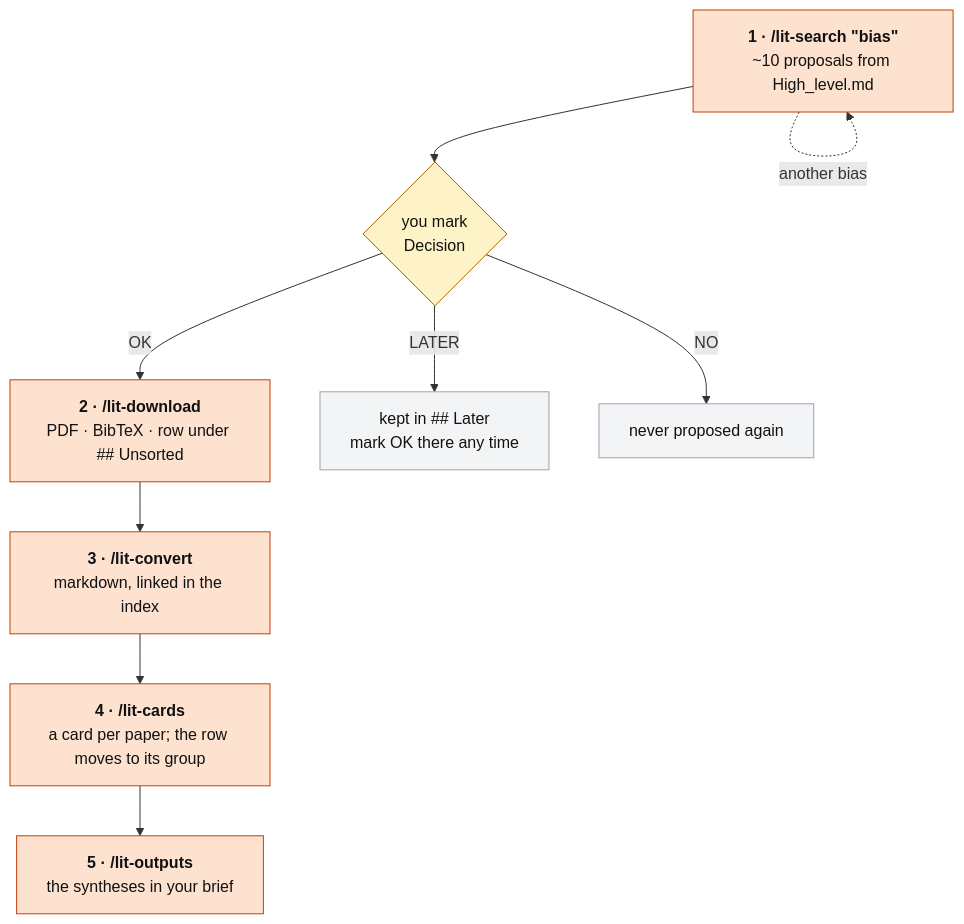
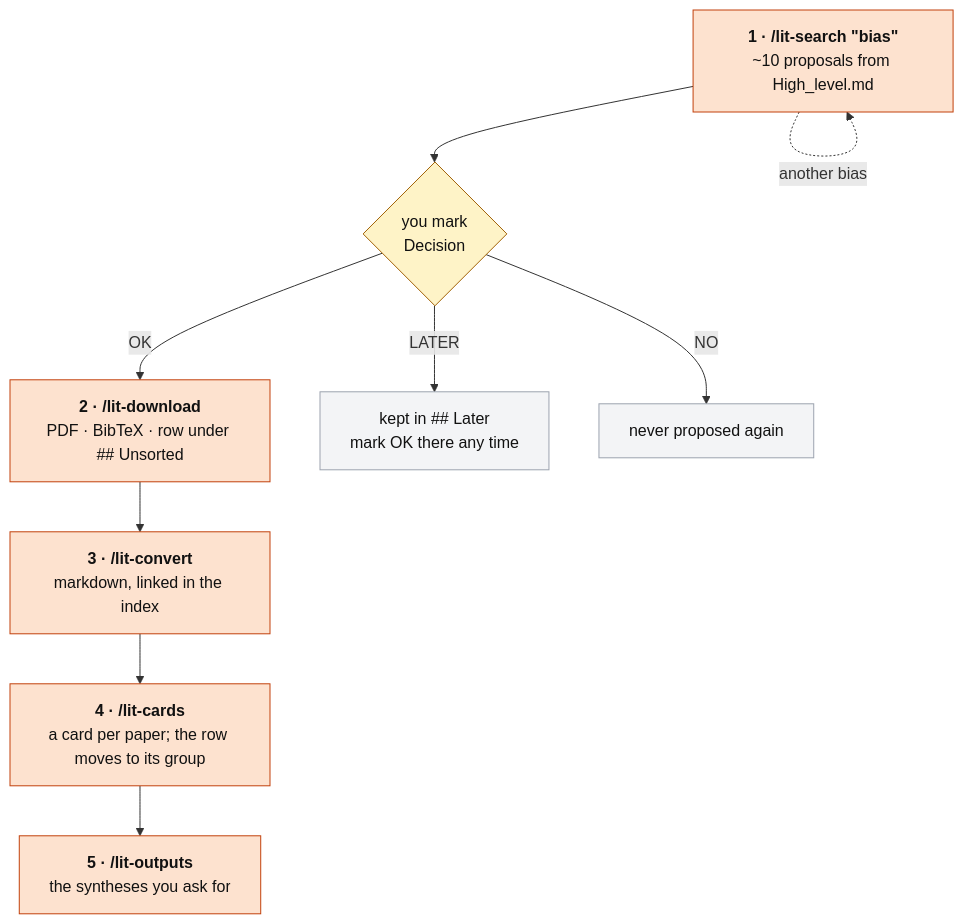
Before and after one commit to LeonardoSani/OmniFrame: the second of 4 diagrams in GUIDE.md, drawn with Mermaid. The commit also changed other lines of this file and 1 other file, not shown here.

````diff
--- a/GUIDE.md
+++ b/GUIDE.md
@@ -178,21 +168,21 @@
 ```mermaid
 flowchart TD
   classDef claude fill:#fde2cf,stroke:#c2410c,color:#111
   classDef you fill:#fef3c7,stroke:#a16207,color:#111
   classDef note fill:#f3f4f6,stroke:#9ca3af,color:#111
 
   se["<b>1 · /lit-search #quot;bias#quot;</b><br/>~10 proposals from High_level.md"]:::claude
   dec{"you mark<br/>Decision"}:::you
   dl["<b>2 · /lit-download</b><br/>PDF · BibTeX · row under ## Unsorted"]:::claude
   cv["<b>3 · /lit-convert</b><br/>markdown, linked in the index"]:::claude
   ca["<b>4 · /lit-cards</b><br/>a card per paper; the row moves to its group"]:::claude
-  ou["<b>5 · /lit-outputs</b><br/>the syntheses in your brief"]:::claude
+  ou["<b>5 · /lit-outputs</b><br/>the syntheses you ask for"]:::claude
   later["kept in ## Later<br/>mark OK there any time"]:::note
   no["never proposed again"]:::note
 
   se --> dec
   se -. "another bias" .-> se
   dec -->|OK| dl --> cv --> ca --> ou
   dec -->|LATER| later
   dec -->|NO| no
 ```
````
